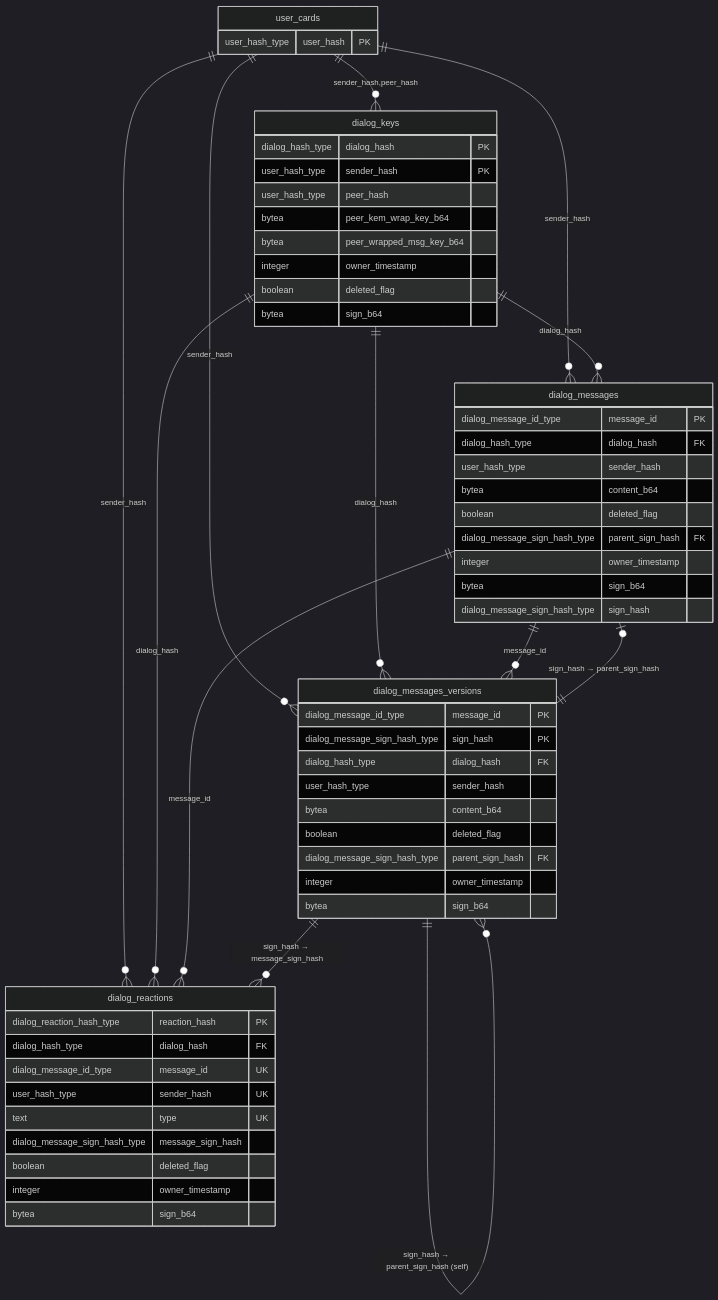
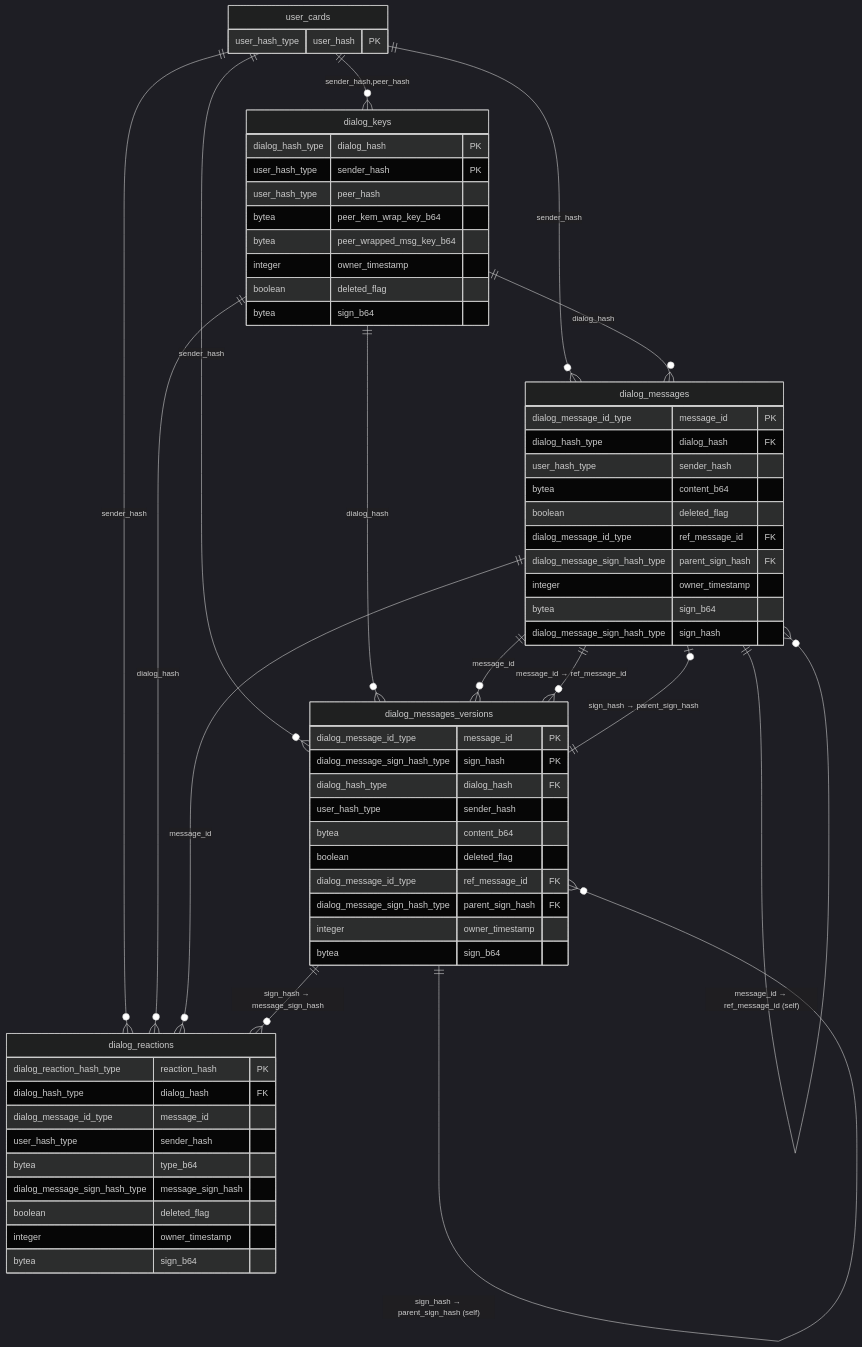
The diagram in docs/reqs/pq_dialogs.md (Buckitup-chat/chat), drawn with Mermaid (dark theme) before and after one commit. The commit also changed other lines of this file and 4 other files, not shown here.

````diff
--- a/docs/reqs/pq_dialogs.md
+++ b/docs/reqs/pq_dialogs.md
@@ -21,69 +21,73 @@
 ```mermaid
 erDiagram
     user_cards ||--o{ dialog_keys              : "sender_hash,peer_hash"
     user_cards ||--o{ dialog_messages          : "sender_hash"
     user_cards ||--o{ dialog_messages_versions : "sender_hash"
     user_cards ||--o{ dialog_reactions         : "sender_hash"
 
     dialog_keys ||--o{ dialog_messages          : "dialog_hash"
     dialog_keys ||--o{ dialog_messages_versions : "dialog_hash"
     dialog_keys ||--o{ dialog_reactions         : "dialog_hash"
 
     dialog_messages          ||--o{ dialog_messages_versions : "message_id"
     dialog_messages_versions ||--o| dialog_messages          : "sign_hash → parent_sign_hash"
     dialog_messages_versions ||--o{ dialog_messages_versions : "sign_hash → parent_sign_hash (self)"
+    dialog_messages          ||--o{ dialog_messages          : "message_id → ref_message_id (self)"
+    dialog_messages          ||--o{ dialog_messages_versions : "message_id → ref_message_id"
 
     dialog_messages          ||--o{ dialog_reactions : "message_id"
     dialog_messages_versions ||--o{ dialog_reactions : "sign_hash → message_sign_hash"
 
     user_cards {
         user_hash_type  user_hash        PK
     }
 
     dialog_keys {
         dialog_hash_type dialog_hash              PK
         user_hash_type   sender_hash              PK
         user_hash_type   peer_hash
         bytea            peer_kem_wrap_key_b64
         bytea            peer_wrapped_msg_key_b64
         integer          owner_timestamp
         boolean          deleted_flag
         bytea            sign_b64
     }
 
     dialog_messages {
         dialog_message_id_type        message_id        PK
         dialog_hash_type              dialog_hash       FK
         user_hash_type                sender_hash
         bytea                         content_b64
         boolean                       deleted_flag
+        dialog_message_id_type        ref_message_id    FK
         dialog_message_sign_hash_type parent_sign_hash  FK
         integer                       owner_timestamp
         bytea                         sign_b64
         dialog_message_sign_hash_type sign_hash
     }
 
     dialog_messages_versions {
         dialog_message_id_type        message_id        PK
         dialog_message_sign_hash_type sign_hash         PK
         dialog_hash_type              dialog_hash       FK
         user_hash_type                sender_hash
         bytea                         content_b64
         boolean                       deleted_flag
+        dialog_message_id_type        ref_message_id    FK
         dialog_message_sign_hash_type parent_sign_hash  FK
         integer                       owner_timestamp
         bytea                         sign_b64
     }
 
     dialog_reactions {
         dialog_reaction_hash_type     reaction_hash      PK
         dialog_hash_type              dialog_hash        FK
-        dialog_message_id_type        message_id         UK
-        user_hash_type                sender_hash        UK
-        text                          type               UK
+        dialog_message_id_type        message_id
+        user_hash_type                sender_hash
+        bytea                         type_b64
         dialog_message_sign_hash_type message_sign_hash
         boolean                       deleted_flag
         integer                       owner_timestamp
         bytea                         sign_b64
     }
 ```
````
